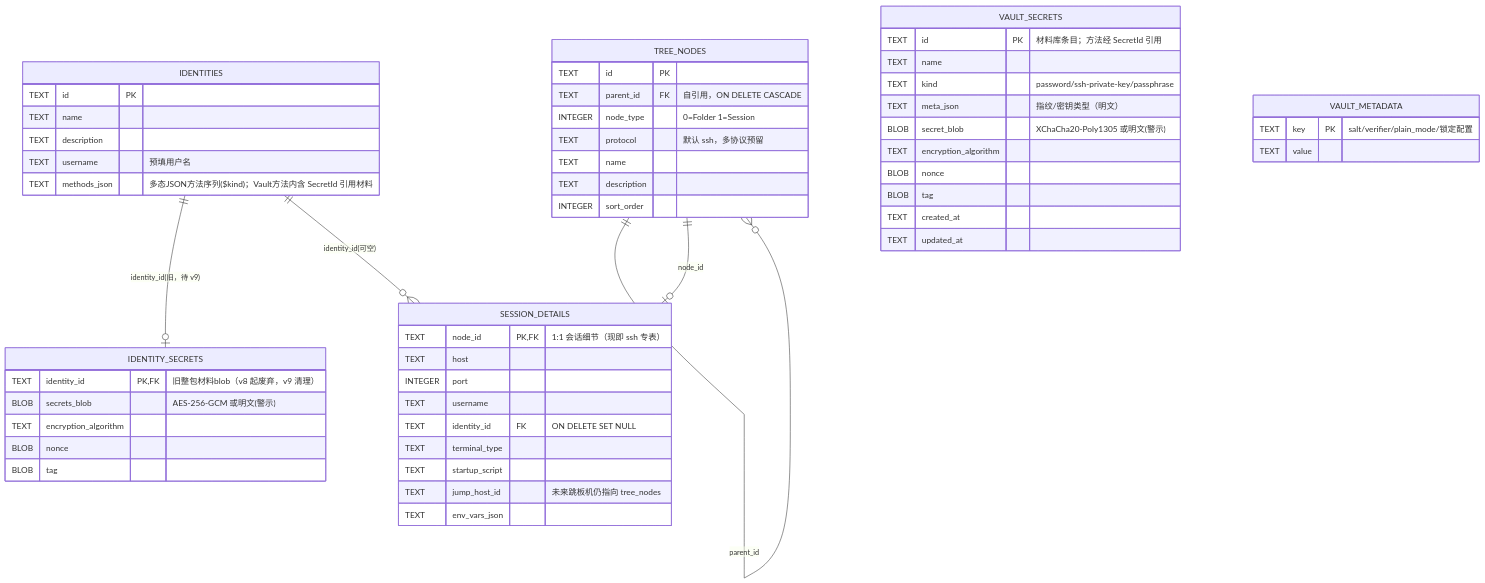
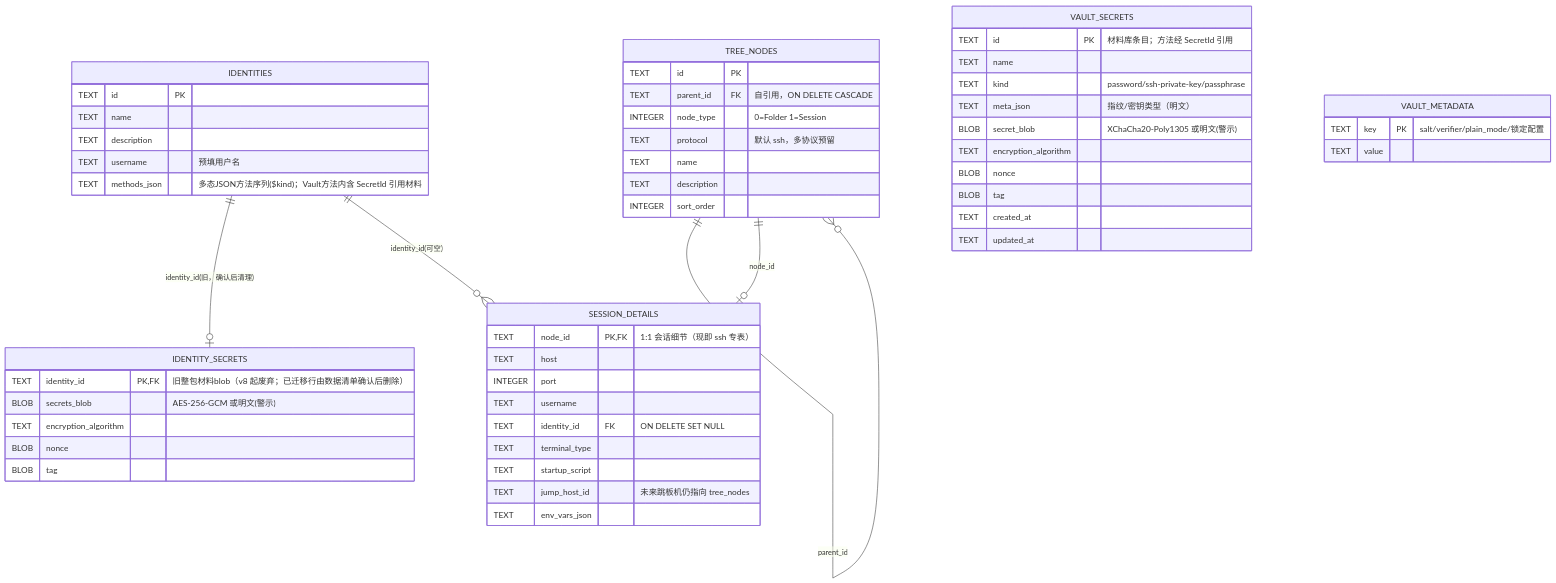
One commit to chisaato/KeiTerm changed the fourth of 4 diagrams in docs/design/06-identity-and-auth.md. Above: the diagram before and after it, drawn with Mermaid. The commit also changed other lines of this file and 17 other files, not shown here.

````diff
--- a/docs/design/06-identity-and-auth.md
+++ b/docs/design/06-identity-and-auth.md
@@ -256,58 +256,58 @@
 ```mermaid
 erDiagram
     TREE_NODES {
         TEXT id PK
         TEXT parent_id FK "自引用，ON DELETE CASCADE"
         INTEGER node_type "0=Folder 1=Session"
         TEXT protocol "默认 ssh，多协议预留"
         TEXT name
         TEXT description
         INTEGER sort_order
     }
     SESSION_DETAILS {
         TEXT node_id PK,FK "1:1 会话细节（现即 ssh 专表）"
         TEXT host
         INTEGER port
         TEXT username
         TEXT identity_id FK "ON DELETE SET NULL"
         TEXT terminal_type
         TEXT startup_script
         TEXT jump_host_id "未来跳板机仍指向 tree_nodes"
         TEXT env_vars_json
     }
     IDENTITIES {
         TEXT id PK
         TEXT name
         TEXT description
         TEXT username "预填用户名"
         TEXT methods_json "多态JSON方法序列($kind)；Vault方法内含 SecretId 引用材料"
     }
     IDENTITY_SECRETS {
-        TEXT identity_id PK,FK "旧整包材料blob（v8 起废弃，v9 清理）"
+        TEXT identity_id PK,FK "旧整包材料blob（v8 起废弃；已迁移行由数据清单确认后删除）"
         BLOB secrets_blob "AES-256-GCM 或明文(警示)"
         TEXT encryption_algorithm
         BLOB nonce
         BLOB tag
     }
     VAULT_SECRETS {
         TEXT id PK "材料库条目；方法经 SecretId 引用"
         TEXT name
         TEXT kind "password/ssh-private-key/passphrase"
         TEXT meta_json "指纹/密钥类型（明文）"
         BLOB secret_blob "XChaCha20-Poly1305 或明文(警示)"
         TEXT encryption_algorithm
         BLOB nonce
         BLOB tag
         TEXT created_at
         TEXT updated_at
     }
     VAULT_METADATA {
         TEXT key PK "salt/verifier/plain_mode/锁定配置"
         TEXT value
     }
 
     TREE_NODES ||--o{ TREE_NODES : "parent_id"
     TREE_NODES ||--o| SESSION_DETAILS : "node_id"
-    IDENTITIES ||--o| IDENTITY_SECRETS : "identity_id(旧，待 v9)"
+    IDENTITIES ||--o| IDENTITY_SECRETS : "identity_id(旧，确认后清理)"
     IDENTITIES ||--o{ SESSION_DETAILS : "identity_id(可空)"
 ```
````
